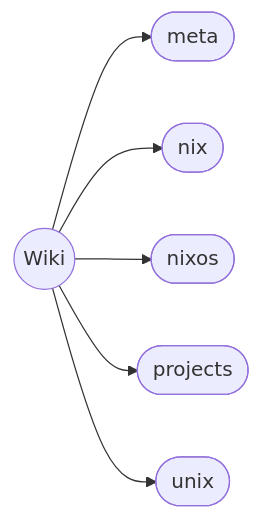
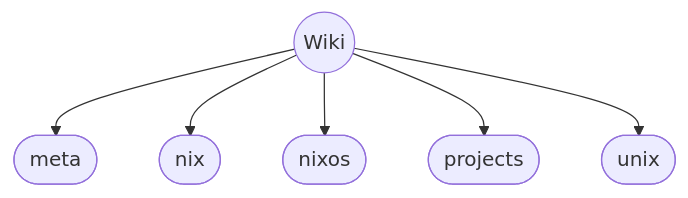
One commit to nixlang-wiki/nixlang-wiki changed the diagram in home.md. Above: the diagram before and after it, drawn with Mermaid. The commit also changed other lines of this file, not shown here.

````diff
--- a/home.md
+++ b/home.md
@@ -84,8 +82,8 @@
 ```mermaid
-graph LR;
+graph TD;
     wiki((Wiki))-->meta([meta]); click meta "https://nixlang.wiki/en/meta";
     wiki-->nix([nix]); click nix "https://nixlang.wiki/en/nix";
     wiki-->nixos([nixos]); click nixos "https://nixlang.wiki/en/nixos";
     wiki-->projects([projects]); click projects "https://nixlang.wiki/projects";
     wiki-->unix([unix]); click unix "https://nixlang.wiki/en/unix"
 ```
````
